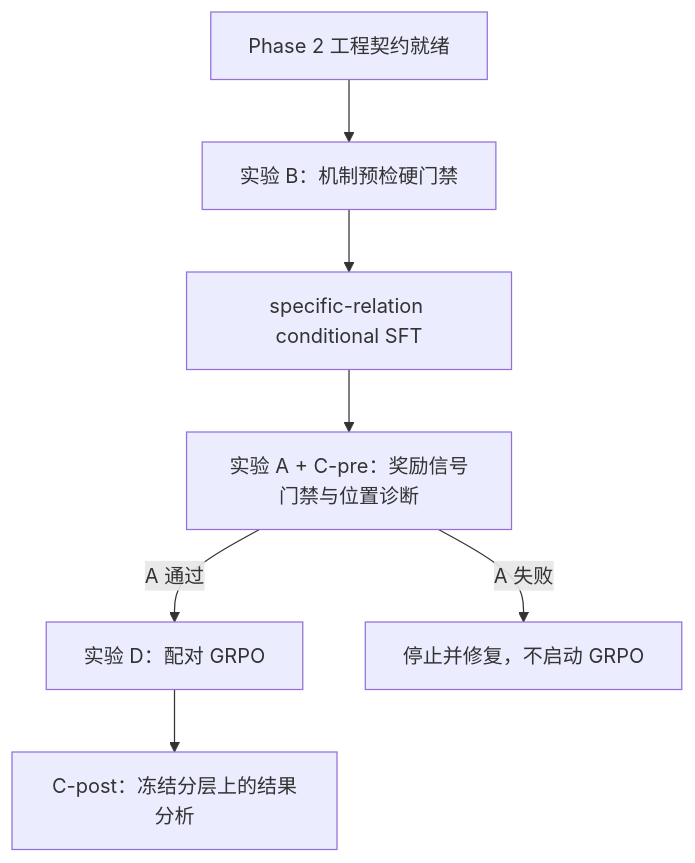
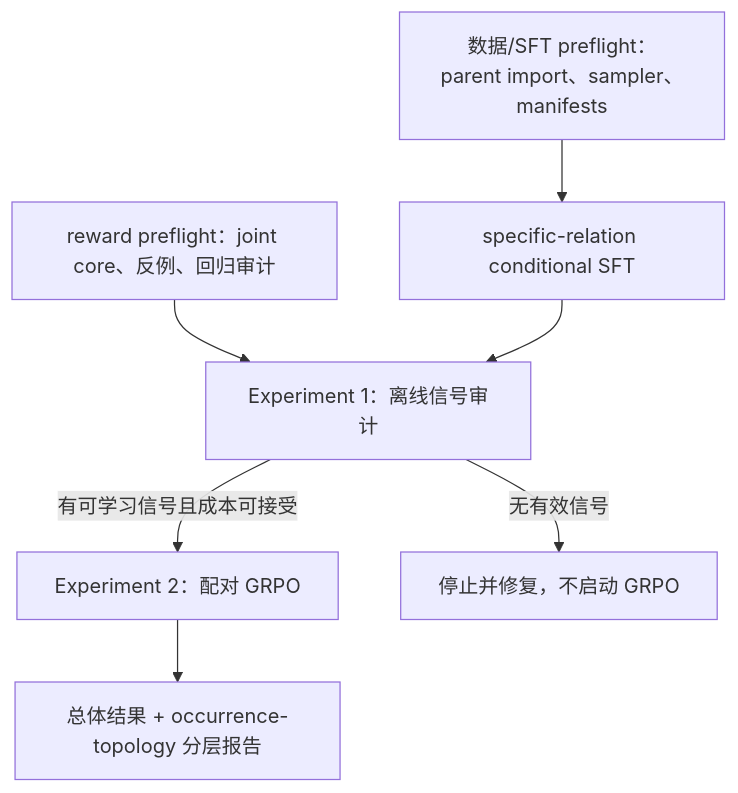
Before and after one commit to bigbiginsect/CtrlHGen: the diagram in worklogs/SC-IDC/innovate_proposal.md, drawn with Mermaid. The commit also changed other lines of this file and 2 other files, not shown here.

Commit message:
docs: record SC-IDC SFT preflight readiness

````diff
--- a/worklogs/SC-IDC/innovate_proposal.md
+++ b/worklogs/SC-IDC/innovate_proposal.md
@@ -387,9 +395,9 @@
 ```mermaid
 flowchart TD
-    E["Phase 2 工程契约就绪"] --> B["实验 B：机制预检硬门禁"]
-    B --> S["specific-relation conditional SFT"]
-    S --> AC["实验 A + C-pre：奖励信号门禁与位置诊断"]
-    AC -->|"A 通过"| D["实验 D：配对 GRPO"]
-    AC -->|"A 失败"| X["停止并修复，不启动 GRPO"]
-    D --> CP["C-post：冻结分层上的结果分析"]
+    P1["数据/SFT preflight：parent import、sampler、manifests"] --> S["specific-relation conditional SFT"]
+    P2["reward preflight：joint core、反例、回归审计"] --> E1["Experiment 1：离线信号审计"]
+    S --> E1
+    E1 -->|"有可学习信号且成本可接受"| E2["Experiment 2：配对 GRPO"]
+    E1 -->|"无有效信号"| X["停止并修复，不启动 GRPO"]
+    E2 --> R["总体结果 + occurrence-topology 分层报告"]
 ```
````
